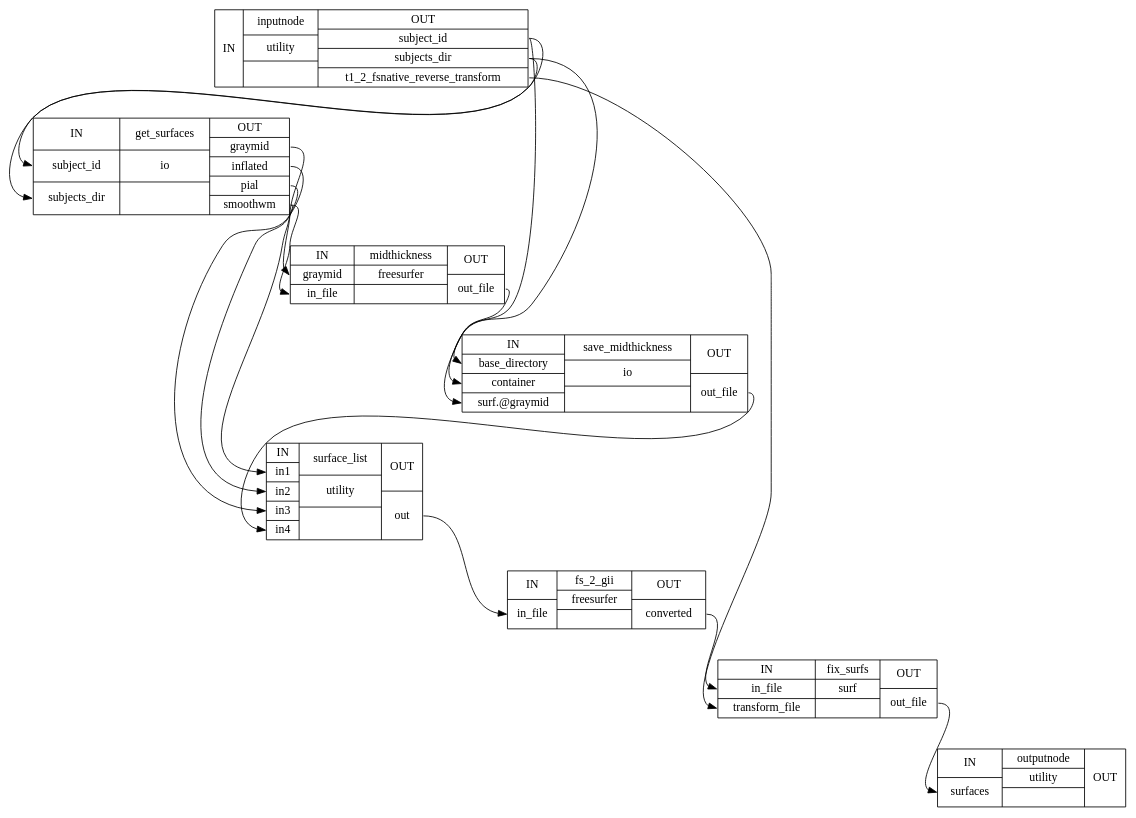
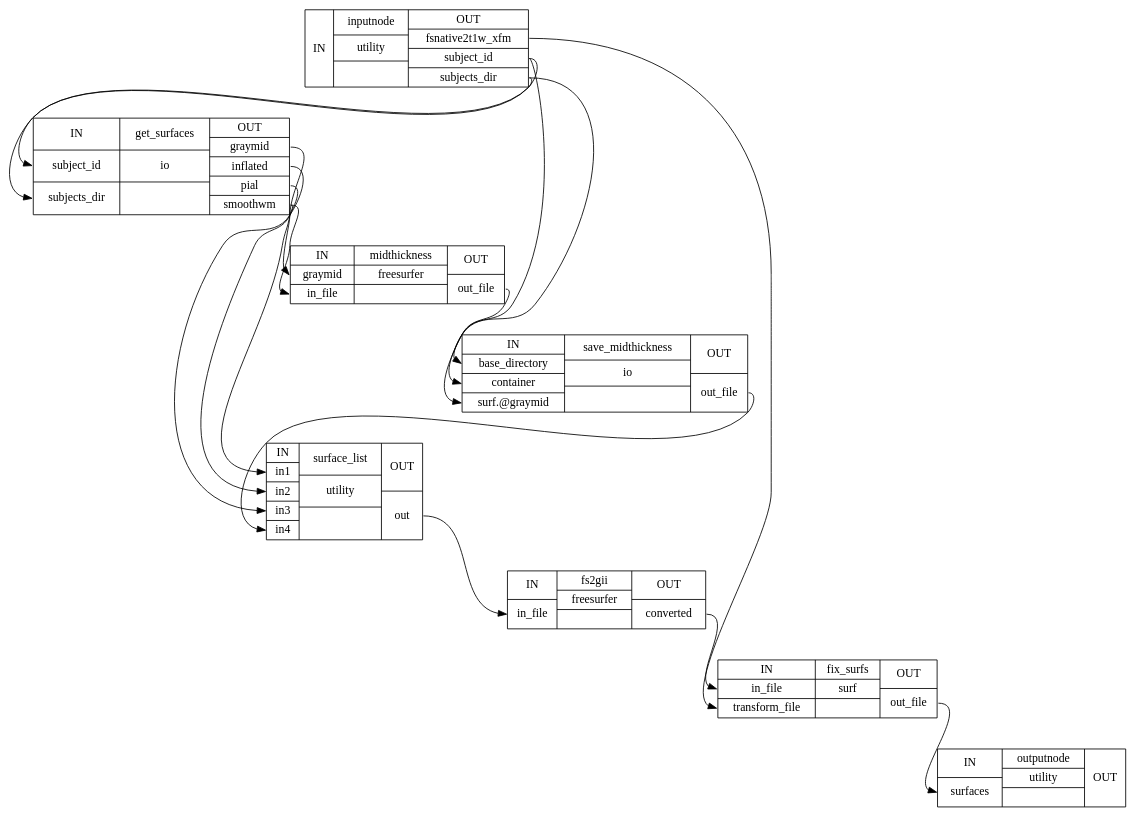
One commit to nuKs/smriprep changed the diagram in wf_directive/api/gifti_surface_wf/smriprep-workflows-surfaces-3_detailed.dot. Above: the diagram before and after it, drawn with Graphviz. The commit also changed 1676 other files, not shown here.

```diff
--- a/wf_directive/api/gifti_surface_wf/smriprep-workflows-surfaces-3_detailed.dot
+++ b/wf_directive/api/gifti_surface_wf/smriprep-workflows-surfaces-3_detailed.dot
@@ -1,26 +1,26 @@
 digraph structs {
 node [shape=record];
-gifti_surface_wfinputnode [label="{IN}|{ inputnode | utility |  }|{OUT|<outsubjectid> subject_id|<outsubjectsdir> subjects_dir|<outt12fsnativereversetransform> t1_2_fsnative_reverse_transform}"];
+gifti_surface_wfinputnode [label="{IN}|{ inputnode | utility |  }|{OUT|<outfsnative2t1wxfm> fsnative2t1w_xfm|<outsubjectid> subject_id|<outsubjectsdir> subjects_dir}"];
 gifti_surface_wfget_surfaces [label="{IN|<insubjectid> subject_id|<insubjectsdir> subjects_dir}|{ get_surfaces | io |  }|{OUT|<outgraymid> graymid|<outinflated> inflated|<outpial> pial|<outsmoothwm> smoothwm}"];
 gifti_surface_wfmidthickness [label="{IN|<ingraymid> graymid|<ininfile> in_file}|{ midthickness | freesurfer |  }|{OUT|<outoutfile> out_file}"];
 gifti_surface_wfsave_midthickness [label="{IN|<inbasedirectory> base_directory|<incontainer> container|<insurfgraymid> surf.@graymid}|{ save_midthickness | io |  }|{OUT|<outoutfile> out_file}"];
 gifti_surface_wfsurface_list [label="{IN|<inin1> in1|<inin2> in2|<inin3> in3|<inin4> in4}|{ surface_list | utility |  }|{OUT|<outout> out}"];
-gifti_surface_wffs_2_gii [label="{IN|<ininfile> in_file}|{ fs_2_gii | freesurfer |  }|{OUT|<outconverted> converted}"];
+gifti_surface_wffs2gii [label="{IN|<ininfile> in_file}|{ fs2gii | freesurfer |  }|{OUT|<outconverted> converted}"];
 gifti_surface_wffix_surfs [label="{IN|<ininfile> in_file|<intransformfile> transform_file}|{ fix_surfs | surf |  }|{OUT|<outoutfile> out_file}"];
 gifti_surface_wfoutputnode [label="{IN|<insurfaces> surfaces}|{ outputnode | utility |  }|{OUT}"];
 gifti_surface_wffix_surfs:outoutfile:e -> gifti_surface_wfoutputnode:insurfaces:w;
-gifti_surface_wffs_2_gii:outconverted:e -> gifti_surface_wffix_surfs:ininfile:w;
+gifti_surface_wffs2gii:outconverted:e -> gifti_surface_wffix_surfs:ininfile:w;
 gifti_surface_wfget_surfaces:outgraymid:e -> gifti_surface_wfmidthickness:ingraymid:w;
 gifti_surface_wfget_surfaces:outinflated:e -> gifti_surface_wfsurface_list:inin3:w;
 gifti_surface_wfget_surfaces:outpial:e -> gifti_surface_wfsurface_list:inin2:w;
 gifti_surface_wfget_surfaces:outsmoothwm:e -> gifti_surface_wfmidthickness:ininfile:w;
 gifti_surface_wfget_surfaces:outsmoothwm:e -> gifti_surface_wfsurface_list:inin1:w;
+gifti_surface_wfinputnode:outfsnative2t1wxfm:e -> gifti_surface_wffix_surfs:intransformfile:w;
 gifti_surface_wfinputnode:outsubjectid:e -> gifti_surface_wfget_surfaces:insubjectid:w;
 gifti_surface_wfinputnode:outsubjectid:e -> gifti_surface_wfsave_midthickness:incontainer:w;
 gifti_surface_wfinputnode:outsubjectsdir:e -> gifti_surface_wfget_surfaces:insubjectsdir:w;
 gifti_surface_wfinputnode:outsubjectsdir:e -> gifti_surface_wfsave_midthickness:inbasedirectory:w;
-gifti_surface_wfinputnode:outt12fsnativereversetransform:e -> gifti_surface_wffix_surfs:intransformfile:w;
 gifti_surface_wfmidthickness:outoutfile:e -> gifti_surface_wfsave_midthickness:insurfgraymid:w;
 gifti_surface_wfsave_midthickness:outoutfile:e -> gifti_surface_wfsurface_list:inin4:w;
-gifti_surface_wfsurface_list:outout:e -> gifti_surface_wffs_2_gii:ininfile:w;
+gifti_surface_wfsurface_list:outout:e -> gifti_surface_wffs2gii:ininfile:w;
 }
```
